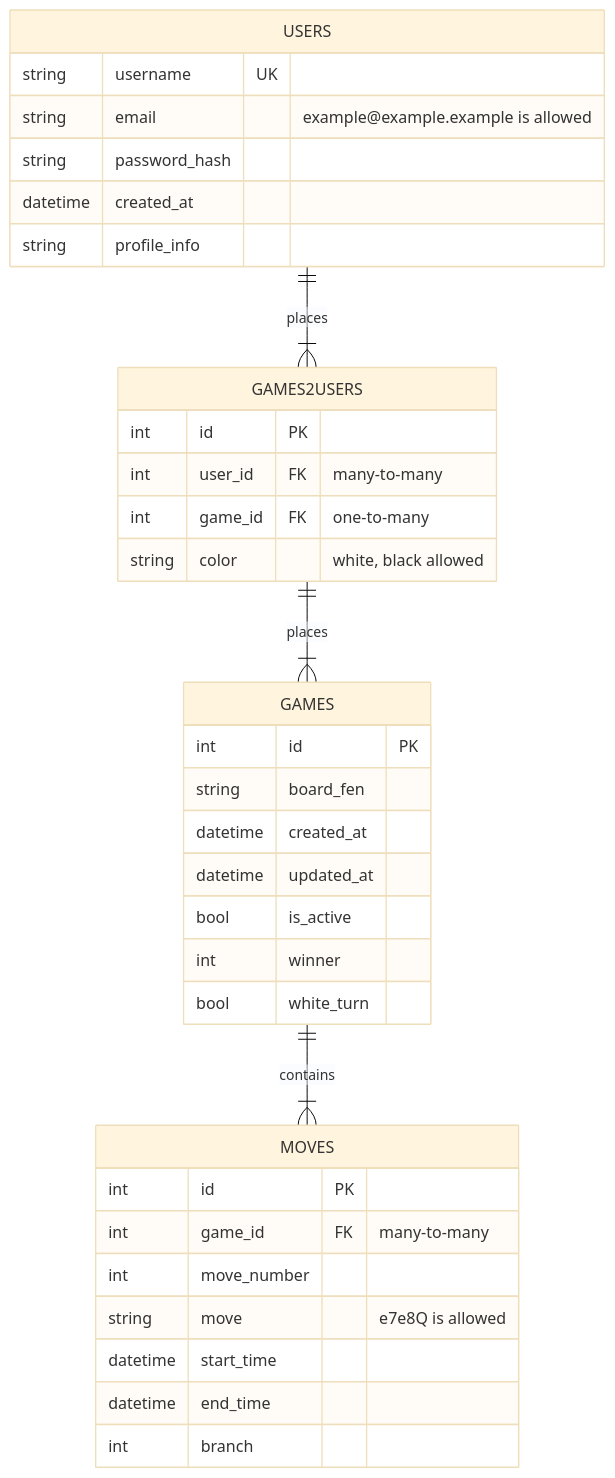
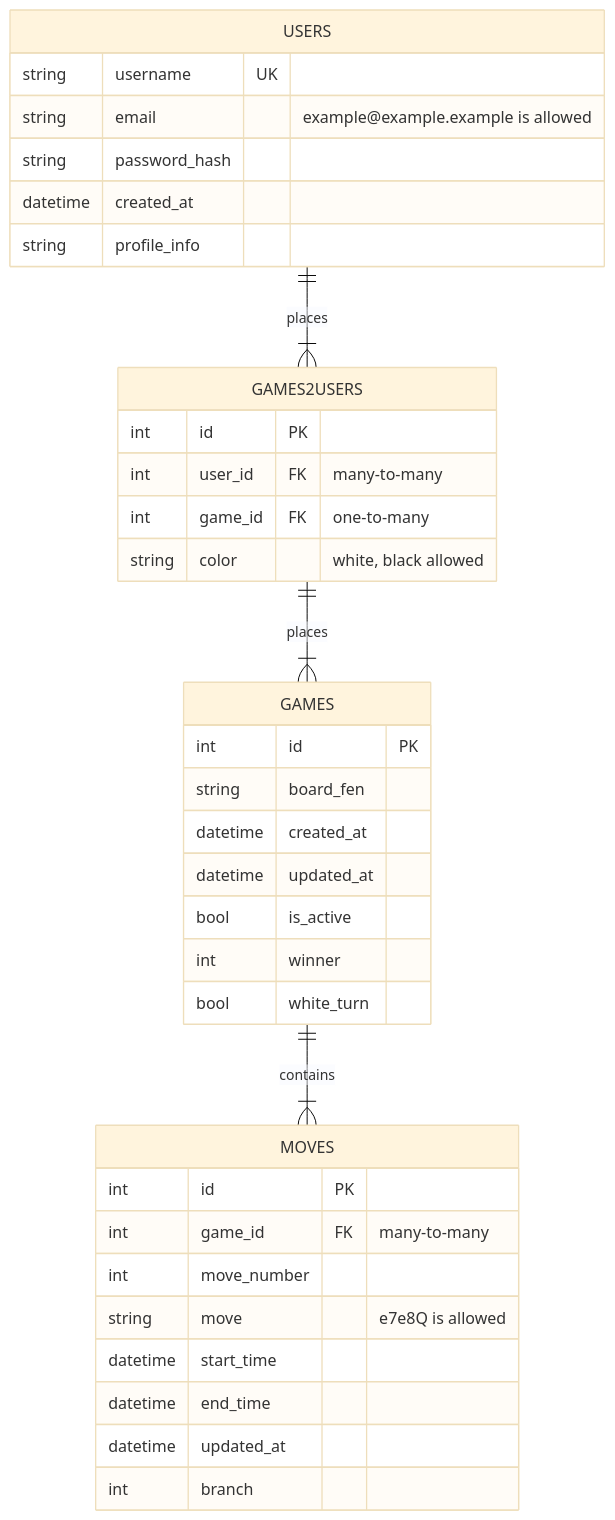
Before and after one commit to sadmadrus/chessBox: the diagram in docs/database.md, drawn with Mermaid (base theme). The commit also changed other lines of this file, not shown here.

````diff
--- a/docs/database.md
+++ b/docs/database.md
@@ -6,37 +6,38 @@
 ```mermaid
 erDiagram
   USERS ||--|{ GAMES2USERS : places
   GAMES2USERS ||--|{ GAMES : places
   GAMES ||--|{ MOVES : contains
   MOVES {
     int id PK
     int game_id FK "many-to-many"
     int move_number
     string move "e7e8Q is allowed"
     datetime start_time
     datetime end_time
+    datetime updated_at
     int branch
   }
   GAMES {
     int id PK
     string board_fen
     datetime created_at
     datetime updated_at
     bool is_active
     int winner
     bool white_turn
   }
   GAMES2USERS {
      int id PK
      int user_id FK "many-to-many"
      int game_id FK "one-to-many"
      string color "white, black allowed"
    }
   USERS {
     string username UK
     string email "example@example.example is allowed"
     string password_hash
     datetime created_at
     string profile_info
   }
 ```
````
